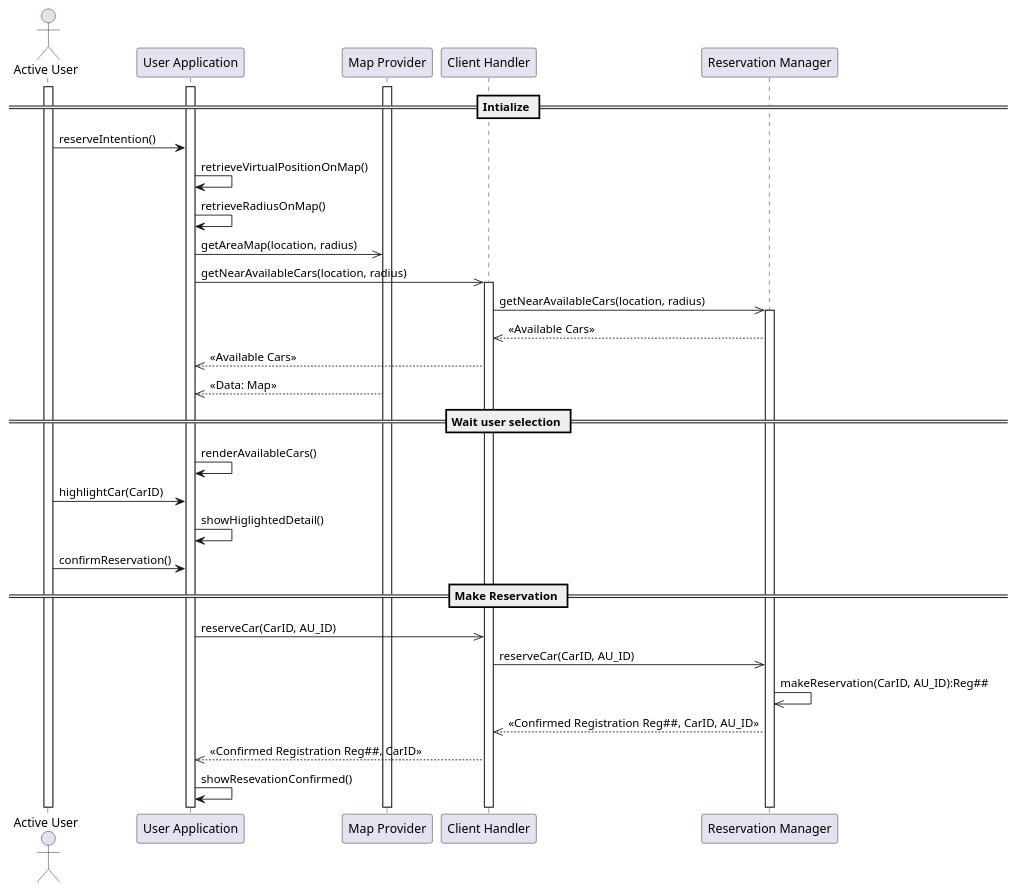
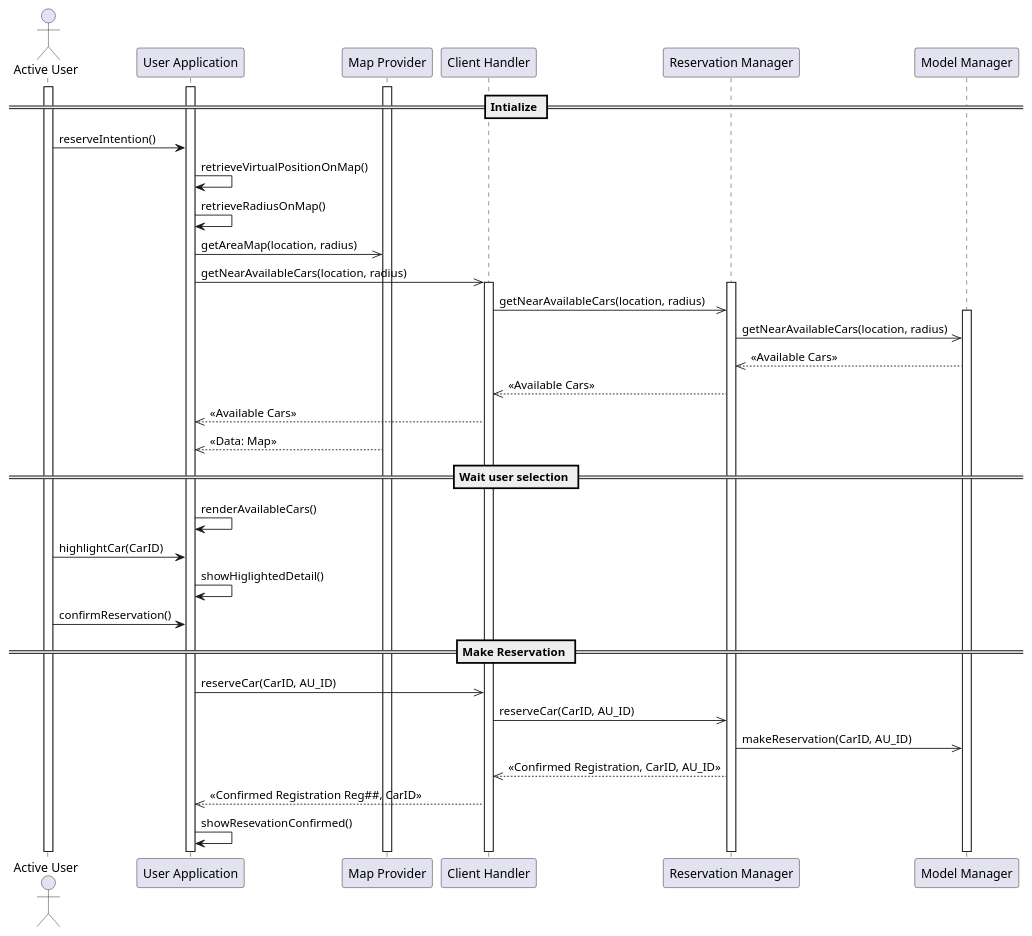
Before and after one commit to phisco/sw-eng-2: the diagram in DD/Sequence Diagrams/ReserveCar.pu, drawn with PlantUML. The commit also changed 1 other file, not shown here.

Commit message:
corrected sequence diagram

```diff
--- a/DD/Sequence Diagrams/ReserveCar.pu
+++ b/DD/Sequence Diagrams/ReserveCar.pu
@@ -2,40 +2,44 @@
 @startuml
 actor "Active User" as AU
 participant "User Application" as UApp
 participant "Map Provider" as MAP
 participant "Client Handler" as CH
 participant "Reservation Manager" as RM
+participant "Model Manager" as MM
 activate AU
 activate UApp
 activate MAP
 
 == Intialize ==
 AU -> UApp: reserveIntention()
 UApp -> UApp : retrieveVirtualPositionOnMap()
 UApp -> UApp : retrieveRadiusOnMap()
 UApp ->> MAP : getAreaMap(location, radius)
 UApp ->> CH : getNearAvailableCars(location, radius)
 activate CH
+activate RM
 CH ->> RM : getNearAvailableCars(location, radius)
-activate RM
+activate MM
+RM ->> MM : getNearAvailableCars(location, radius)
+RM <<-- MM : <<Available Cars>>
 CH <<-- RM : <<Available Cars>>
 UApp <<-- CH : <<Available Cars>>
 UApp <<-- MAP : << Data: Map>>
 
 == Wait user selection ==
 UApp -> UApp : renderAvailableCars()
 AU -> UApp : highlightCar(CarID)
 UApp -> UApp : showHiglightedDetail()
 AU -> UApp : confirmReservation()
 
 == Make Reservation ==
 UApp ->> CH : reserveCar(CarID, AU_ID)
 CH ->> RM : reserveCar(CarID, AU_ID)
-RM ->> RM : makeReservation(CarID, AU_ID):Reg##
-CH <<-- RM : <<Confirmed Registration Reg##, CarID, AU_ID>>
+RM ->> MM : makeReservation(CarID, AU_ID)
+CH <<-- RM : <<Confirmed Registration, CarID, AU_ID>>
 UApp <<-- CH : <<Confirmed Registration Reg##, CarID>>
 
 
 UApp -> UApp : showResevationConfirmed()
 
 @enduml
```
